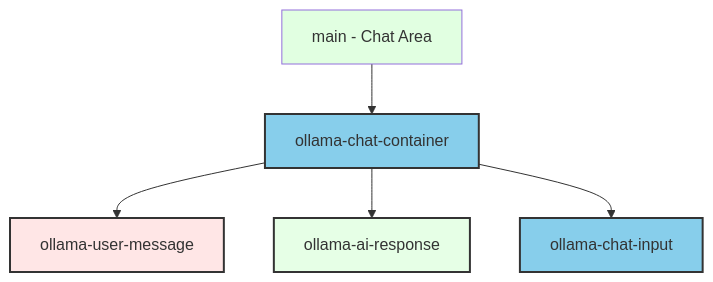
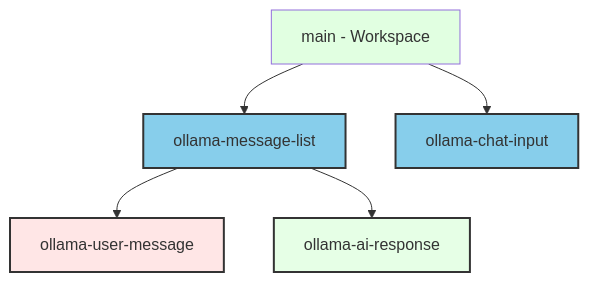
The fifth of 10 diagrams in docs/development.md (Gr8Gatsby/ollama-chat), drawn with Mermaid before and after one commit. The commit also changed other lines of this file and 12 other files, not shown here.

````diff
--- a/docs/development.md
+++ b/docs/development.md
@@ -156,16 +184,15 @@
 ```mermaid
 graph TD
-    D[main - Chat Area] --> D1[ollama-chat-container]
-    
+    D[main - Workspace] --> D1[ollama-message-list]
     D1 --> U1[ollama-user-message]
     D1 --> A1[ollama-ai-response]
-    D1 --> D9[ollama-chat-input]
+    D --> D9[ollama-chat-input]
     
     style D fill:#e1ffe1
     style U1 fill:#ffe6e6
     style A1 fill:#e6ffe6
     
     classDef featureComponent fill:#87ceeb,stroke:#333,stroke-width:2px
     
     class D1,U1,A1,D9 featureComponent
 ```
````
